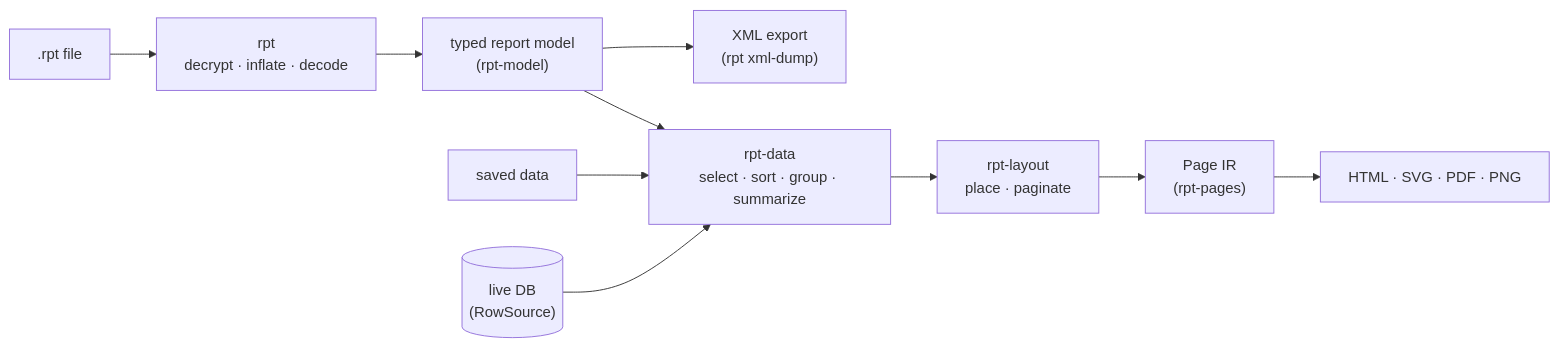
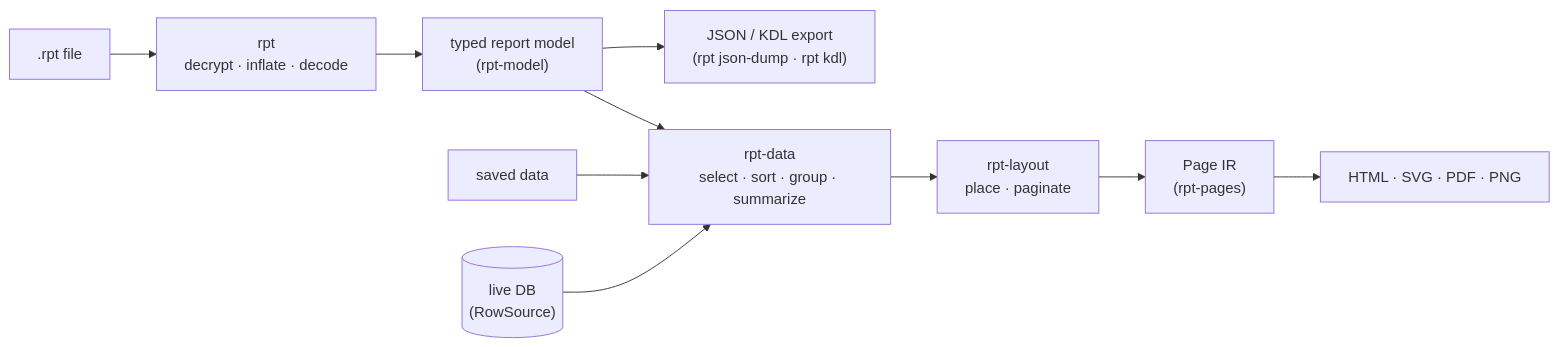
The diagram in README.md (MrSrsen/rpt-rs), drawn with Mermaid before and after one commit. The commit also changed other lines of this file and 806 other files, not shown here.

Commit message:
replace the XML export with an exhaustive JSON decode surface; add KDL export, anonymize, and render/error-handling overhaul

````diff
--- a/README.md
+++ b/README.md
@@ -161,12 +182,12 @@
 ```mermaid
 flowchart LR
     file[".rpt file"] --> dec["rpt<br/>decrypt · inflate · decode"]
     dec --> model["typed report model<br/>(rpt-model)"]
-    model --> xml["XML export<br/>(rpt xml-dump)"]
+    model --> dump["JSON / KDL export<br/>(rpt json-dump · rpt kdl)"]
     model --> data["rpt-data<br/>select · sort · group · summarize"]
     saved["saved data"] --> data
     db[("live DB<br/>(RowSource)")] --> data
     data --> layout["rpt-layout<br/>place · paginate"]
     layout --> ir["Page IR<br/>(rpt-pages)"]
     ir --> out["HTML · SVG · PDF · PNG"]
 ```
````
